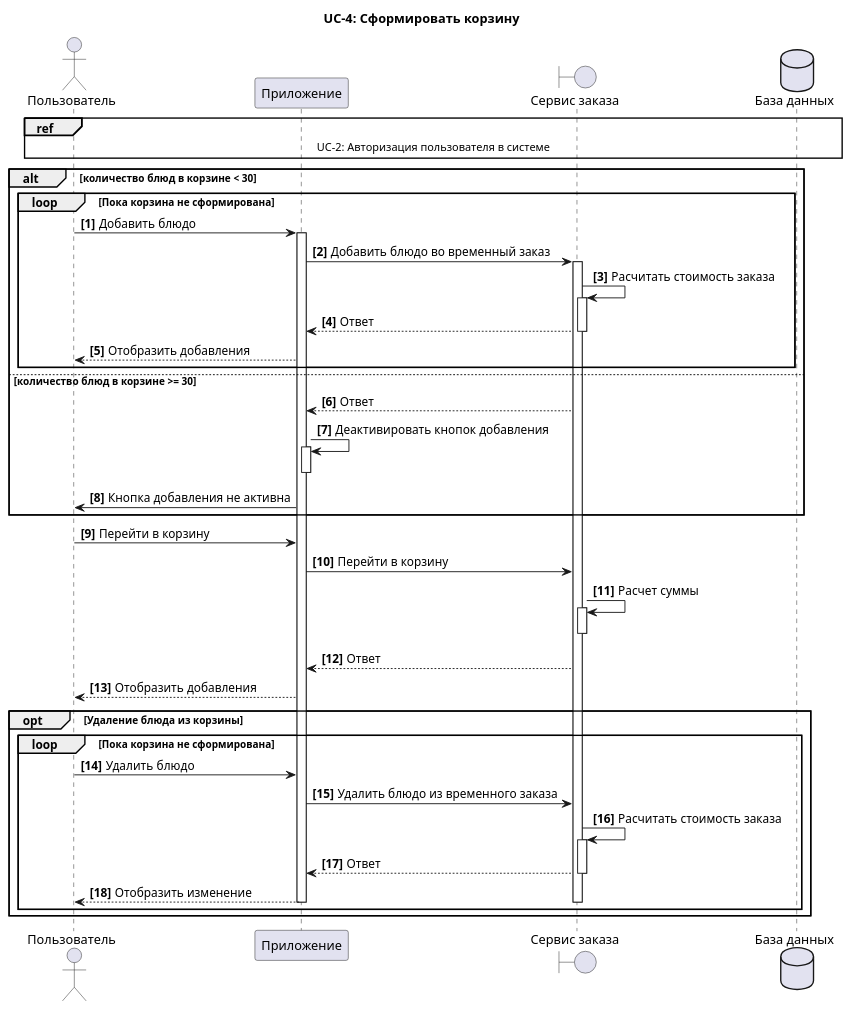
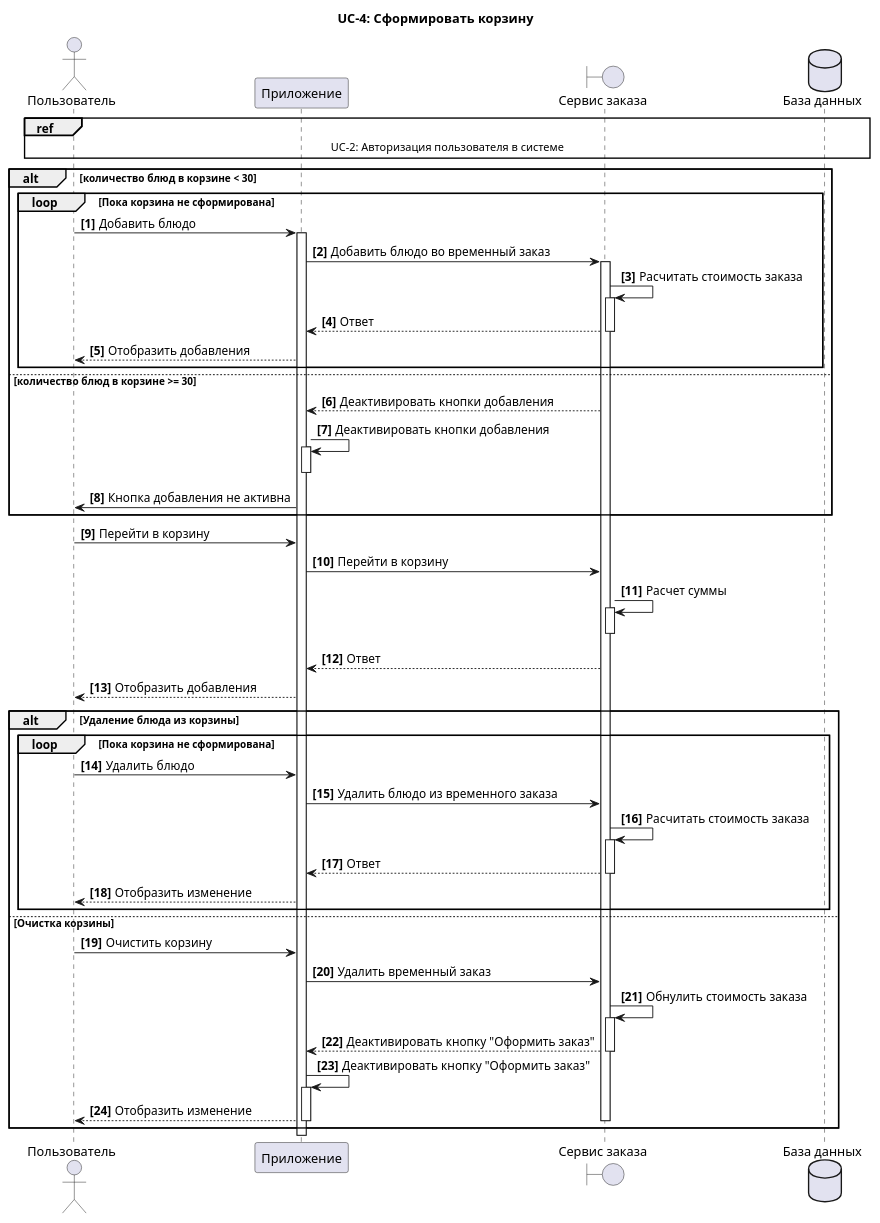
The diagram in 5_UML/UC_4_CreateBasket.wsd (Mimitrii/RoboPoint), drawn with PlantUML before and after one commit. The commit also changed 3 other files, not shown here.

```diff
--- a/5_UML/UC_4_CreateBasket.wsd
+++ b/5_UML/UC_4_CreateBasket.wsd
@@ -1,47 +1,53 @@
 @startuml
 title UC-4: Сформировать корзину
 actor "Пользователь" as U 
 participant  "Приложение" as A 
 boundary "Сервис заказа" as S
 dataBase "База данных" as DB 
 autonumber "<b>[0]"  
 
 ref over U,A,S,DB
 UC-2: Авторизация пользователя в системе
 end ref
 
 alt количество блюд в корзине < 30
 loop Пока корзина не сформирована 
 U->A++: Добавить блюдо 
 A->S++: Добавить блюдо во временный заказ
 S->S++: Расчитать стоимость заказа
 S-->A--:Ответ
 A-->U: Отобразить добавления
 end
 else количество блюд в корзине >= 30
-S-->A:Ответ
-A->A++: Деактивировать кнопок добавления
+S-->A:Деактивировать кнопки добавления
+A->A++: Деактивировать кнопки добавления
 A--
 A->U: Кнопка добавления не активна
 end
 
 U->A: Перейти в корзину 
 A->S: Перейти в корзину
 S->S++: Расчет суммы 
 S--
 S-->A:Ответ
 A-->U: Отобразить добавления
-
-opt Удаление блюда из корзины
+alt Удаление блюда из корзины
 loop Пока корзина не сформирована 
 U->A: Удалить блюдо 
 A->S: Удалить блюдо из временного заказа
 S->S++: Расчитать стоимость заказа
 S-->A--:Ответ
 A-->U: Отобразить изменение
+end
+else  Очистка корзины
+U->A: Очистить корзину 
+A->S: Удалить временный заказ
+S->S++: Обнулить стоимость заказа
+S-->A--: Деактивировать кнопку "Оформить заказ"
+A->A++: Деактивировать кнопку "Оформить заказ"
+A-->U: Отобразить изменение
 A--
 S--
 end
-end
 
 @enduml
```
